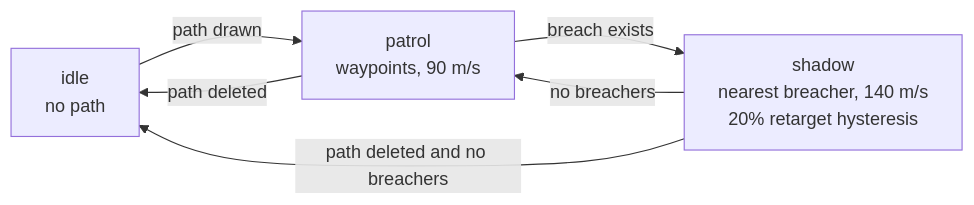
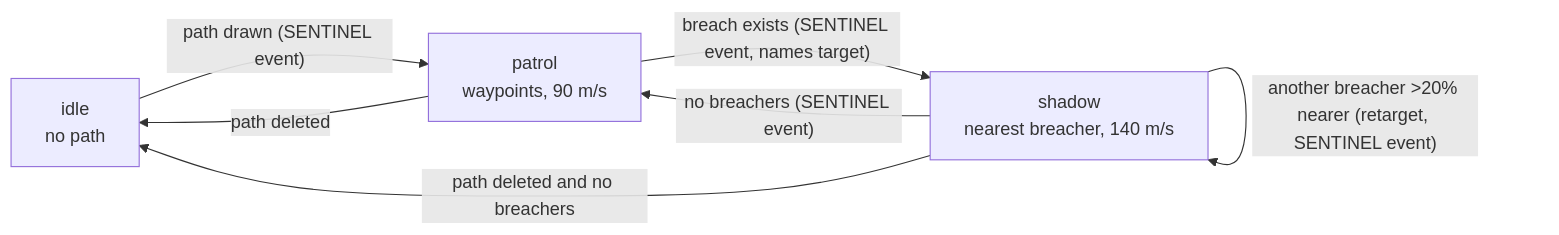
Before and after one commit to ayfor/sentinel: the diagram in docs/stories/S6-drone.md, drawn with Mermaid. The commit also changed 4 other files, not shown here.

````diff
--- a/docs/stories/S6-drone.md
+++ b/docs/stories/S6-drone.md
@@ -45,8 +45,9 @@
 ```mermaid
 flowchart LR
-    I["idle<br/>no path"] -->|"path drawn"| P["patrol<br/>waypoints, 90 m/s"]
-    P -->|"breach exists"| S["shadow<br/>nearest breacher, 140 m/s<br/>20% retarget hysteresis"]
-    S -->|"no breachers"| P
+    I["idle<br/>no path"] -->|"path drawn (SENTINEL event)"| P["patrol<br/>waypoints, 90 m/s"]
+    P -->|"breach exists (SENTINEL event, names target)"| S["shadow<br/>nearest breacher, 140 m/s"]
+    S -->|"another breacher &gt;20% nearer (retarget, SENTINEL event)"| S
+    S -->|"no breachers (SENTINEL event)"| P
     P -->|"path deleted"| I
     S -->|"path deleted and no breachers"| I
 ```
````
